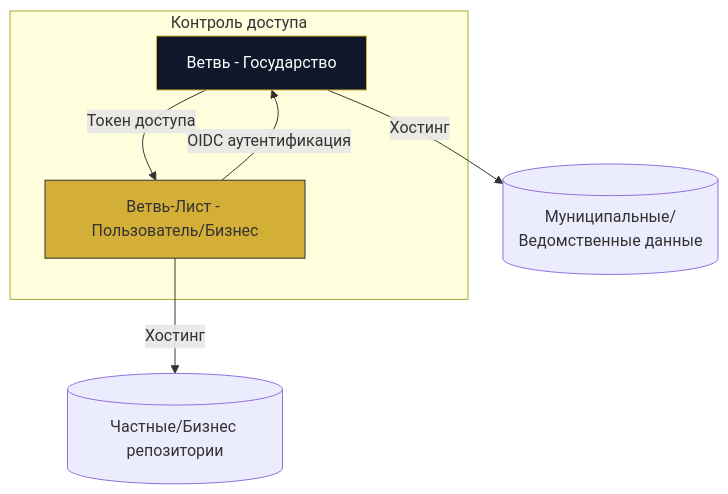
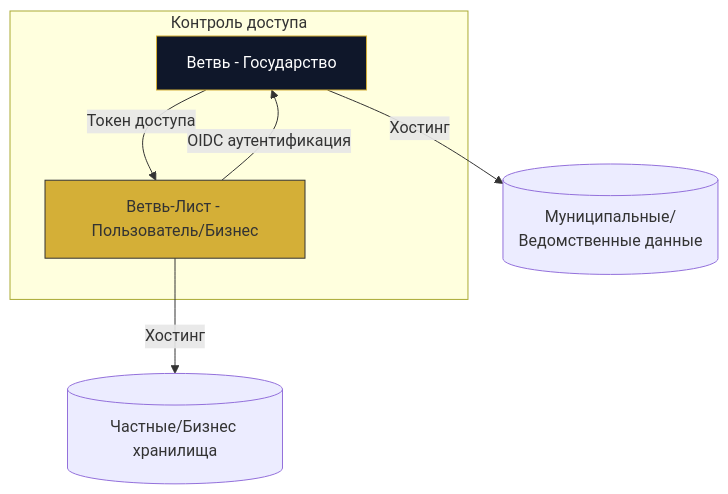
One commit to Data-Independence-Network/presentations changed the fourth of 51 diagrams in shared_docs/Технический документ платформы Турбаза.md. Above: the diagram before and after it, drawn with Mermaid. The commit also changed other lines of this file and 8 other files, not shown here.

Commit message:
Переименовал Репозитории в Хранилища

````diff
--- a/shared_docs/Технический документ платформы Турбаза.md
+++ b/shared_docs/Технический документ платформы Турбаза.md
@@ -92,13 +92,13 @@
 ```mermaid
 graph TD
     GovBranch[Ветвь - Государство] -- Хостинг --> GovData[(Муниципальные/Ведомственные данные)]
-    LeafUser[Ветвь-Лист - Пользователь/Бизнес] -- Хостинг --> PrivData[(Частные/Бизнес репозитории)]
+    LeafUser[Ветвь-Лист - Пользователь/Бизнес] -- Хостинг --> PrivData[(Частные/Бизнес хранилища)]
     
     subgraph Access_Control [Контроль доступа]
         LeafUser -- OIDC аутентификация --> GovBranch
         GovBranch -- Токен доступа --> LeafUser
     end
 
     style GovBranch fill:#0F172A,stroke:#D4AF37,color:#fff
     style LeafUser fill:#D4AF37,stroke:#333
 ```
````
